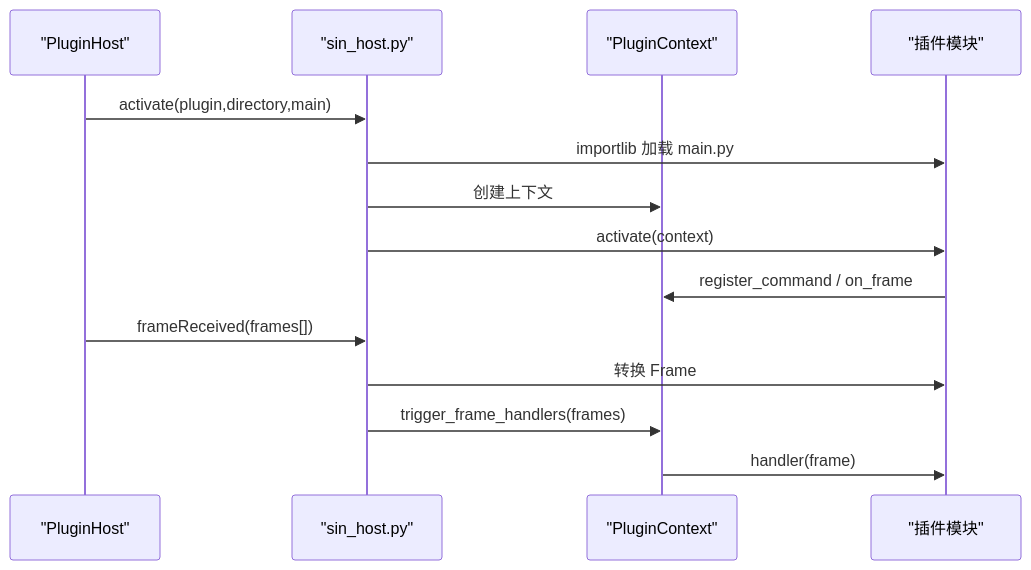
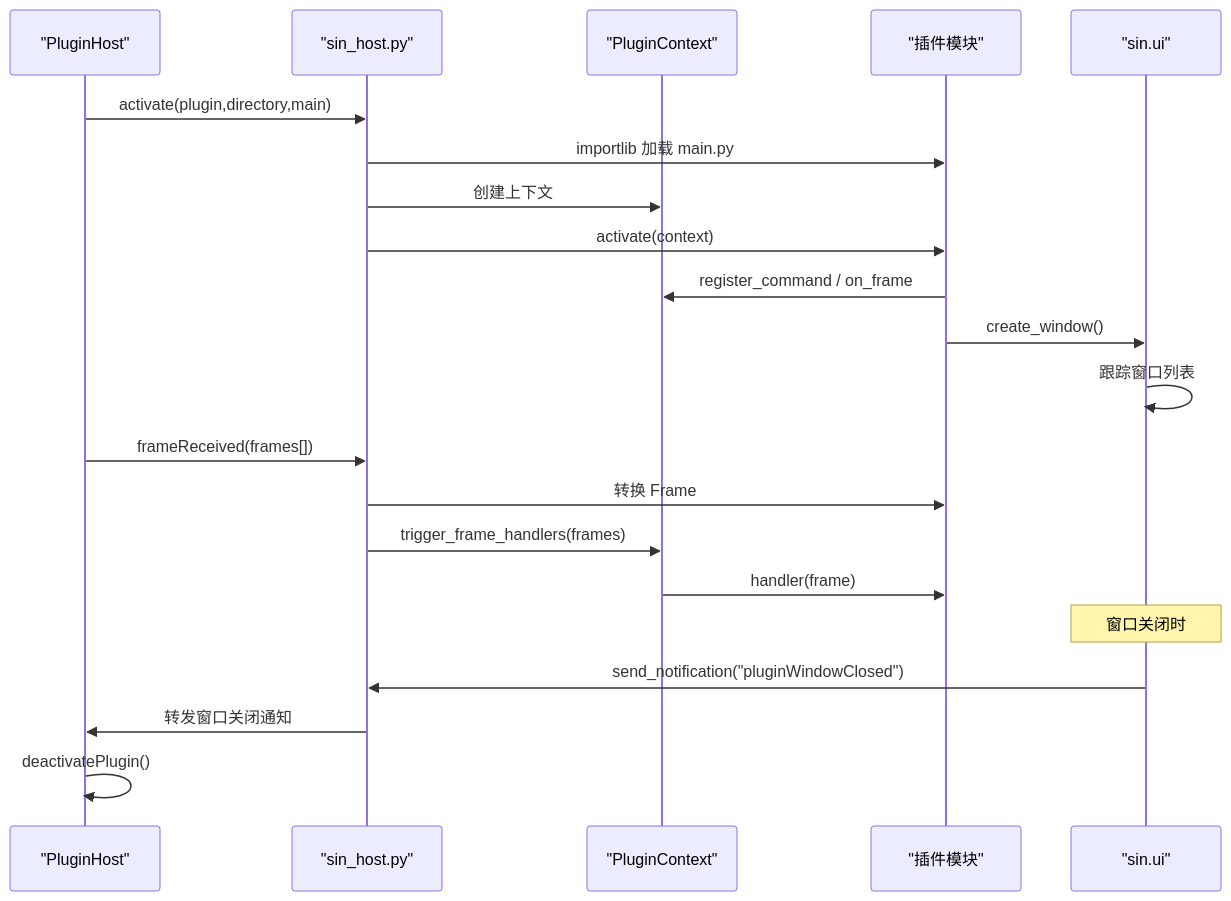
One commit to jakecai1225-design/OpenBus changed the sixth of 8 diagrams in .qoder/repowiki/zh/content/架构设计/插件系统架构/插件系统架构.md. Above: the diagram before and after it, drawn with Mermaid. The commit also changed other lines of this file and 5 other files, not shown here.

````diff
--- a/.qoder/repowiki/zh/content/架构设计/插件系统架构/插件系统架构.md
+++ b/.qoder/repowiki/zh/content/架构设计/插件系统架构/插件系统架构.md
@@ -211,16 +288,23 @@
 ```mermaid
 sequenceDiagram
 participant PH as "PluginHost"
 participant SH as "sin_host.py"
 participant CTX as "PluginContext"
 participant MOD as "插件模块"
+participant UI as "sin.ui"
 PH->>SH : activate(plugin,directory,main)
 SH->>MOD : importlib 加载 main.py
 SH->>CTX : 创建上下文
 SH->>MOD : activate(context)
 MOD->>CTX : register_command / on_frame
+MOD->>UI : create_window()
+UI->>UI : 跟踪窗口列表
 PH->>SH : frameReceived(frames[])
 SH->>MOD : 转换 Frame
 SH->>CTX : trigger_frame_handlers(frames)
 CTX->>MOD : handler(frame)
+Note over UI : 窗口关闭时
+UI->>SH : send_notification("pluginWindowClosed")
+SH->>PH : 转发窗口关闭通知
+PH->>PH : deactivatePlugin()
 ```
````
